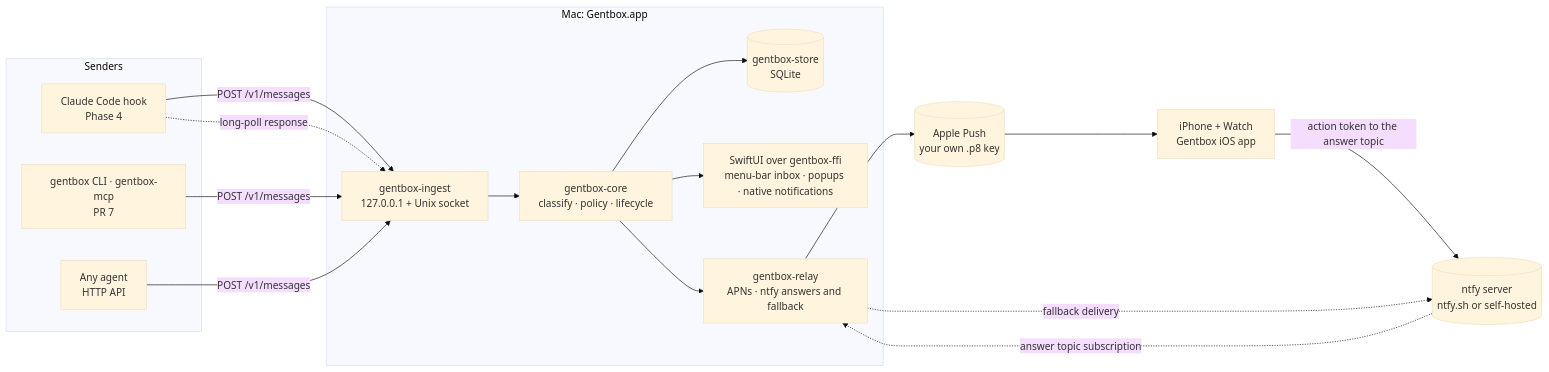
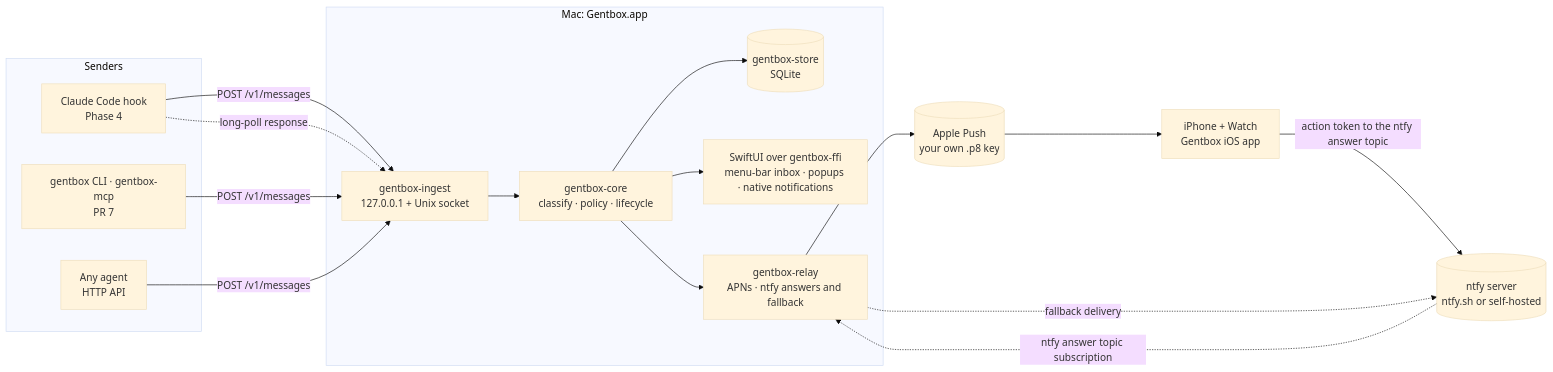
One commit to Eiluviann/gentbox changed the first of 3 diagrams in docs/architecture.md. Above: the diagram before and after it, drawn with Mermaid (base theme). The commit also changed other lines of this file and 12 other files, not shown here.

````diff
--- a/docs/architecture.md
+++ b/docs/architecture.md
@@ -30,27 +32,27 @@
 ```mermaid
 flowchart LR
   subgraph senders[Senders]
     hook[Claude Code hook<br/>Phase 4]
     mcp[gentbox CLI · gentbox-mcp<br/>PR 7]
     other[Any agent<br/>HTTP API]
   end
   subgraph mac[Mac: Gentbox.app]
     ingest[gentbox-ingest<br/>127.0.0.1 + Unix socket]
     core[gentbox-core<br/>classify · policy · lifecycle]
     store[(gentbox-store<br/>SQLite)]
     relay[gentbox-relay<br/>APNs · ntfy answers and fallback]
     ui[SwiftUI over gentbox-ffi<br/>menu-bar inbox · popups · native notifications]
   end
   apns[(Apple Push<br/>your own .p8 key)]
   ntfy[(ntfy server<br/>ntfy.sh or self-hosted)]
   phone[iPhone + Watch<br/>Gentbox iOS app]
 
   hook & mcp & other -->|POST /v1/messages| ingest
   hook -.->|long-poll response| ingest
   ingest --> core --> store
   core --> ui
   core --> relay --> apns --> phone
   relay -.->|fallback delivery| ntfy
-  phone -->|action token to the answer topic| ntfy
-  ntfy -.->|answer topic subscription| relay
+  phone -->|action token to the ntfy answer topic| ntfy
+  ntfy -.->|ntfy answer topic subscription| relay
 ```
````
